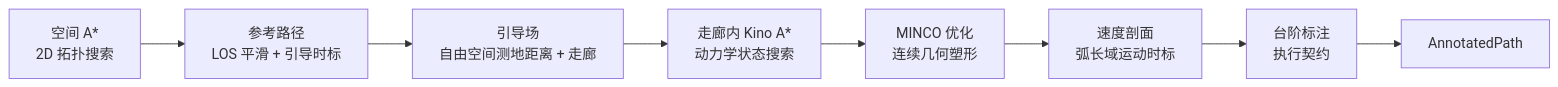
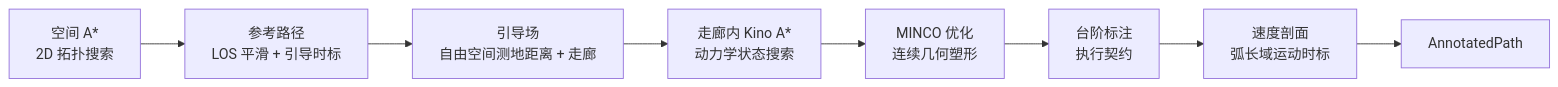
Before and after one commit to Polyacetone/HWSentryNav26: the fifth of 6 diagrams in DESIGN.md, drawn with Mermaid. The commit also changed other lines of this file and 3 other files, not shown here.

````diff
--- a/DESIGN.md
+++ b/DESIGN.md
@@ -219,10 +219,10 @@
 ```mermaid
 flowchart LR
     A[空间 A*<br/>2D 拓扑搜索] --> B[参考路径<br/>LOS 平滑 + 引导时标]
     B --> C[引导场<br/>自由空间测地距离 + 走廊]
     C --> D[走廊内 Kino A*<br/>动力学状态搜索]
     D --> E[MINCO 优化<br/>连续几何塑形]
-    E --> F[速度剖面<br/>弧长域运动时标]
-    F --> G[台阶标注<br/>执行契约]
+    E --> F[台阶标注<br/>执行契约]
+    F --> G[速度剖面<br/>弧长域运动时标]
     G --> H[AnnotatedPath]
 ```
````
